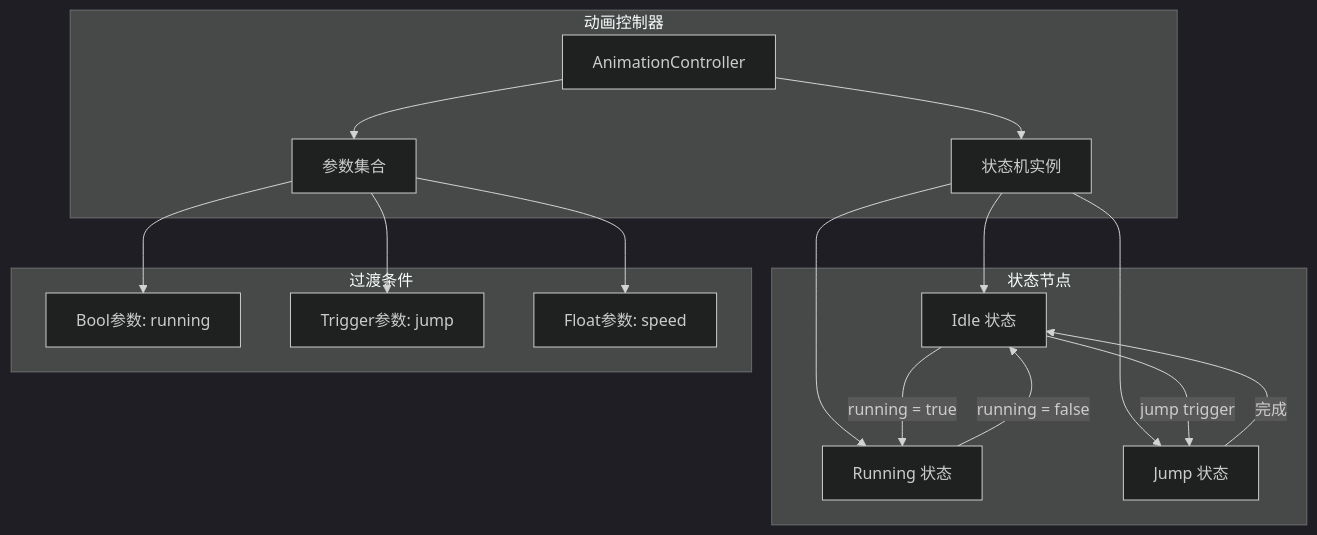
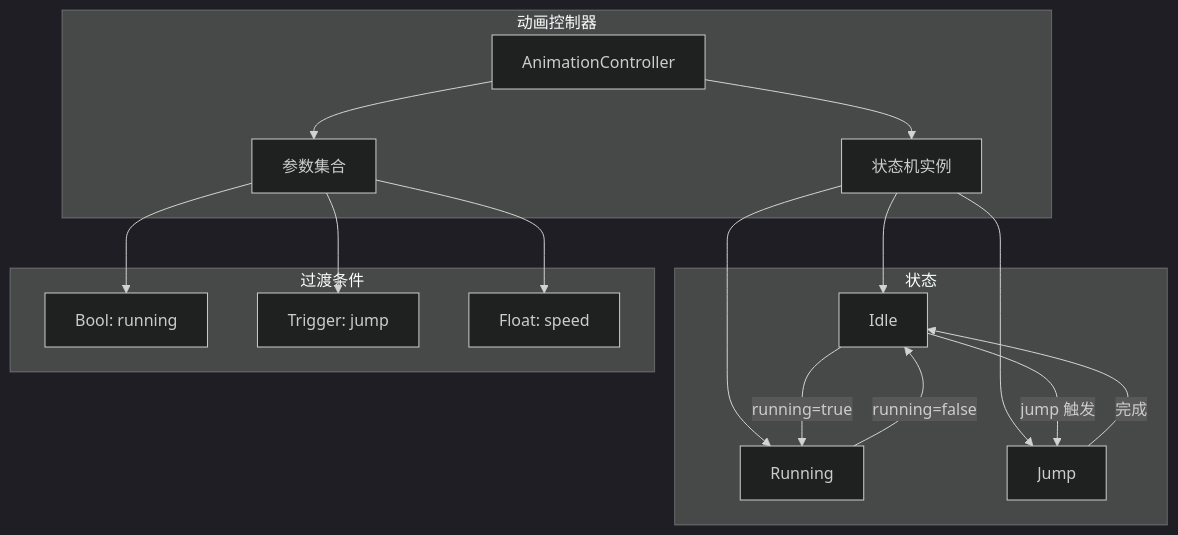
Diagram 11 of 11 in ARCHITECTURE.md (NGLSG/Luma), drawn with Mermaid (dark theme) before and after one commit. The commit also changed other lines of this file and 27 other files, not shown here.

````diff
--- a/ARCHITECTURE.md
+++ b/ARCHITECTURE.md
@@ -295,25 +284,33 @@
 ```mermaid
 graph TD
     subgraph "动画控制器"
         A[AnimationController]
         B[状态机实例]
         C[参数集合]
     end
 
-    subgraph "状态节点"
-        D[Idle 状态]
-        E[Running 状态]
-        F[Jump 状态]
+    subgraph "状态"
+        D[Idle]
+        E[Running]
+        F[Jump]
     end
 
     subgraph "过渡条件"
-        G[Bool参数: running]
-        H[Trigger参数: jump]
-        I[Float参数: speed]
+        G[Bool: running]
+        H[Trigger: jump]
+        I[Float: speed]
     end
 
-    A --> B; A --> C; B --> D; B --> E; B --> F;
-    D -->|running = true| E; E -->|running = false| D;
-    D -->|jump trigger| F; F -->|完成| D;
-    C --> G; C --> H; C --> I
+    A --> B
+    A --> C
+    B --> D
+    B --> E
+    B --> F
+    D -->|running=true| E
+    E -->|running=false| D
+    D -->|jump 触发| F
+    F -->|完成| D
+    C --> G
+    C --> H
+    C --> I
 ```
````
